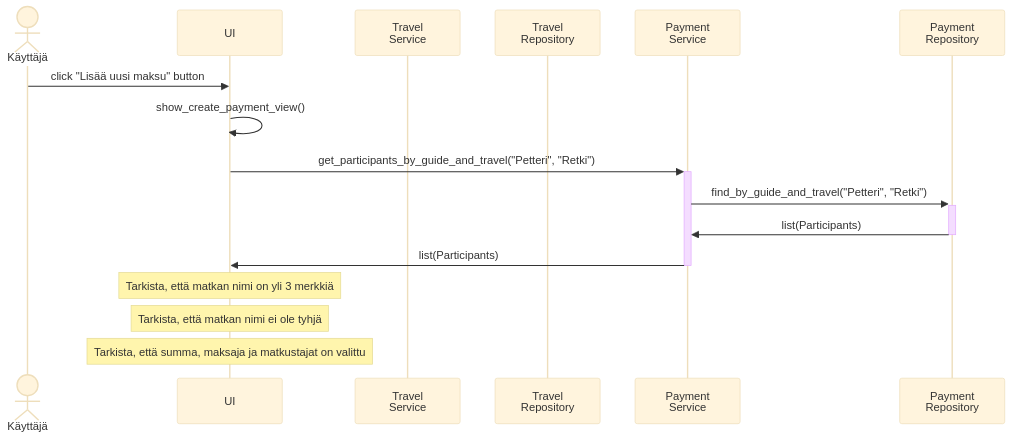
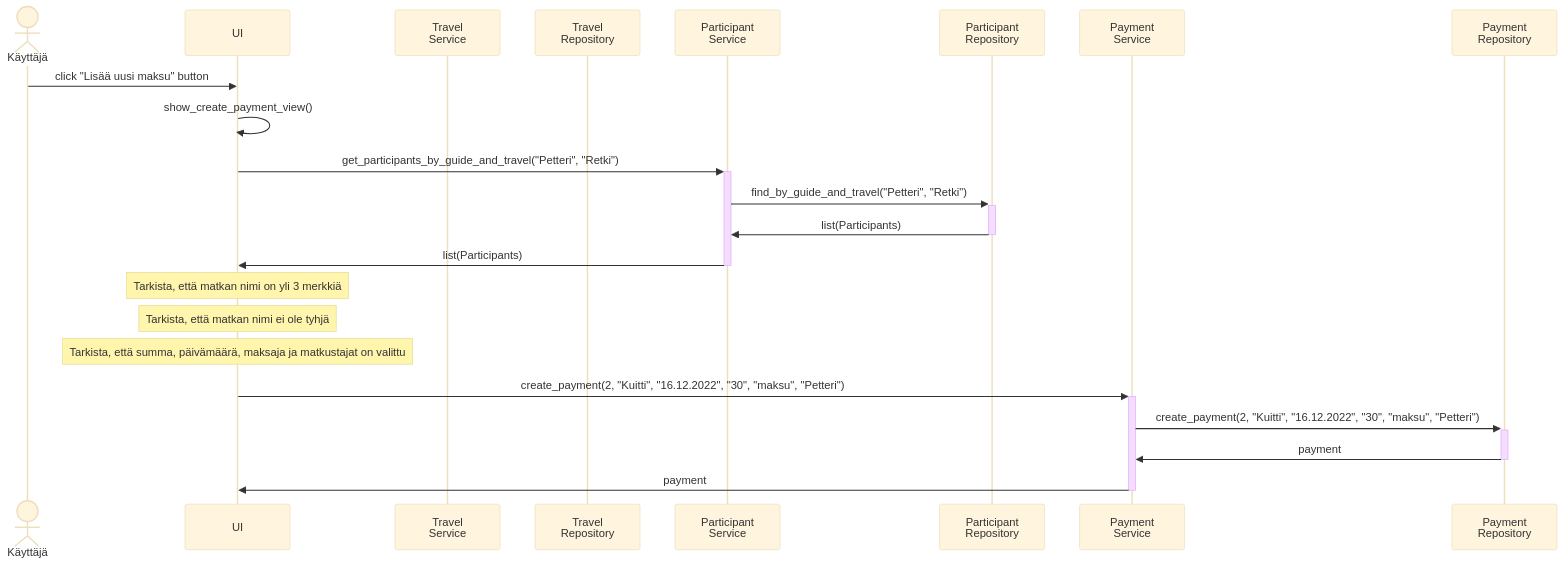
The fourth of 4 diagrams in travel-expense-calculator-app/dokumentaatio/arkkitehtuuri.md (phuvio/ot-harjoitustyo), drawn with Mermaid (base theme) before and after one commit.

````diff
--- a/travel-expense-calculator-app/dokumentaatio/arkkitehtuuri.md
+++ b/travel-expense-calculator-app/dokumentaatio/arkkitehtuuri.md
@@ -172,18 +172,24 @@
 ```mermaid
  sequenceDiagram
    Actor K as Käyttäjä
    participant U as UI
    participant T as Travel <br> Service
    participant TR as Travel <br> Repository
-   participant P as Payment <br> Service
-   participant PR as Payment <br> Repository
+   participant P as Participant <br> Service
+   participant PR as Participant <br> Repository
+   participant M as Payment <br> Service
+   participant MR as Payment <br> Repository
    K->>U: click "Lisää uusi maksu" button
    U->>U: show_create_payment_view()
    U->>+P: get_participants_by_guide_and_travel("Petteri", "Retki")
    P->>+PR: find_by_guide_and_travel("Petteri", "Retki")
    PR->>-P: list(Participants)
    P->>-U: list(Participants)
    Note over U: Tarkista, että matkan nimi on yli 3 merkkiä
    Note over U: Tarkista, että matkan nimi ei ole tyhjä
-   Note over U: Tarkista, että summa, maksaja ja matkustajat on valittu
+   Note over U: Tarkista, että summa, päivämäärä, maksaja ja matkustajat on valittu
+   U->>+M: create_payment(2, "Kuitti", "16.12.2022", "30", "maksu", "Petteri")
+   M->>+MR: create_payment(2, "Kuitti", "16.12.2022", "30", "maksu", "Petteri")
+   MR->>-M: payment
+   M->>-U: payment
 ```
````
